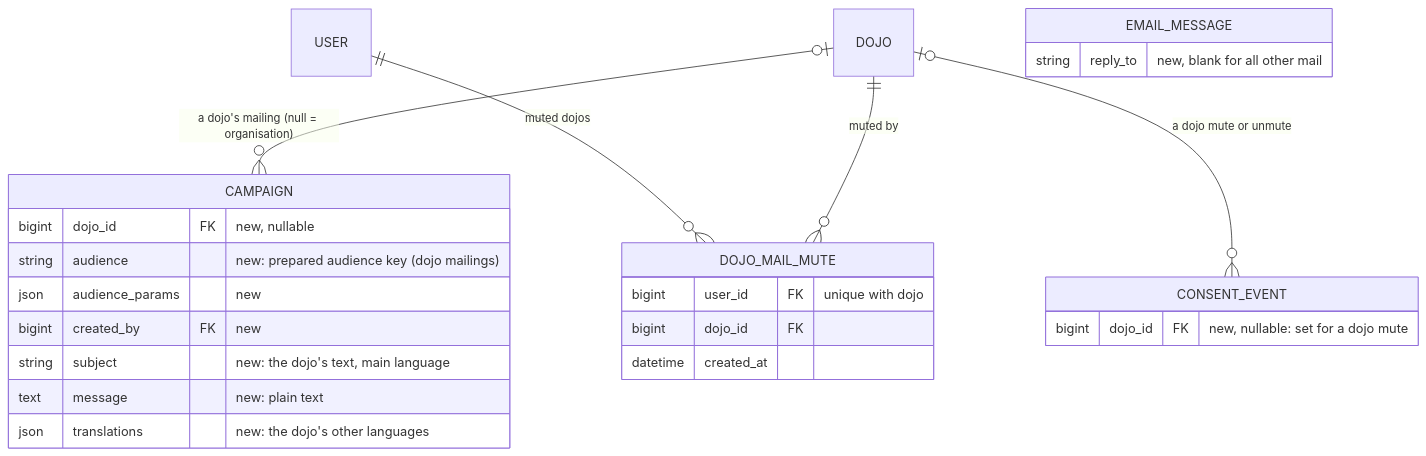
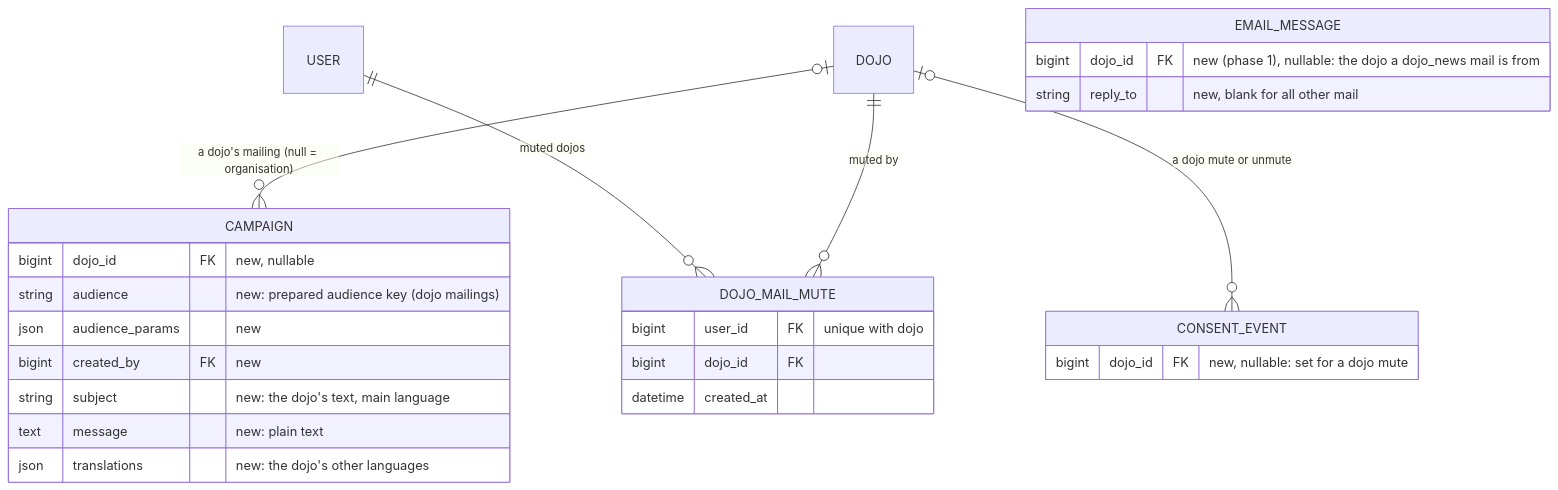
Before and after one commit to DoublG/coderdojo-event-registration: diagram 31 of 31 in DATA_MODEL.md, drawn with Mermaid. The commit also changed other lines of this file and 24 other files, not shown here.

First line of the commit message:
Mail from a dojo, phase 1: a family can mute one dojo's news (DATA_MODEL.md §25)

````diff
--- a/DATA_MODEL.md
+++ b/DATA_MODEL.md
@@ -4807,28 +4819,29 @@
 ```mermaid
 erDiagram
     DOJO |o--o{ CAMPAIGN : "a dojo's mailing (null = organisation)"
     USER ||--o{ DOJO_MAIL_MUTE : "muted dojos"
     DOJO ||--o{ DOJO_MAIL_MUTE : "muted by"
     DOJO |o--o{ CONSENT_EVENT : "a dojo mute or unmute"
 
     CAMPAIGN {
         bigint dojo_id FK "new, nullable"
         string audience "new: prepared audience key (dojo mailings)"
         json audience_params "new"
         bigint created_by FK "new"
         string subject "new: the dojo's text, main language"
         text message "new: plain text"
         json translations "new: the dojo's other languages"
     }
     DOJO_MAIL_MUTE {
         bigint user_id FK "unique with dojo"
         bigint dojo_id FK
         datetime created_at
     }
     CONSENT_EVENT {
         bigint dojo_id FK "new, nullable: set for a dojo mute"
     }
     EMAIL_MESSAGE {
+        bigint dojo_id FK "new (phase 1), nullable: the dojo a dojo_news mail is from"
         string reply_to "new, blank for all other mail"
     }
 ```
````
